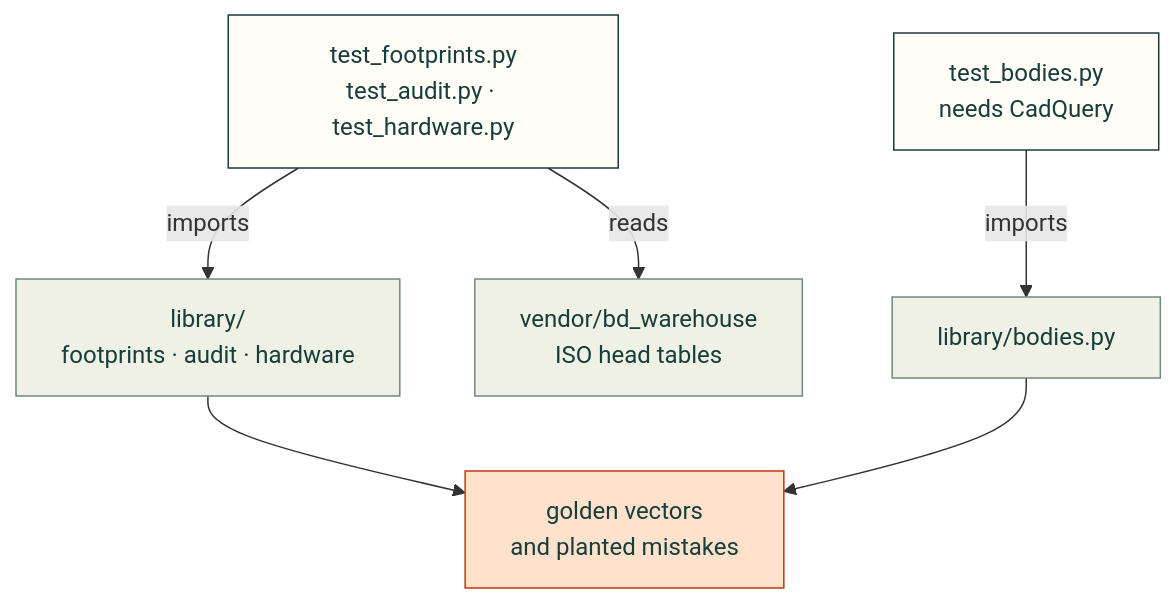
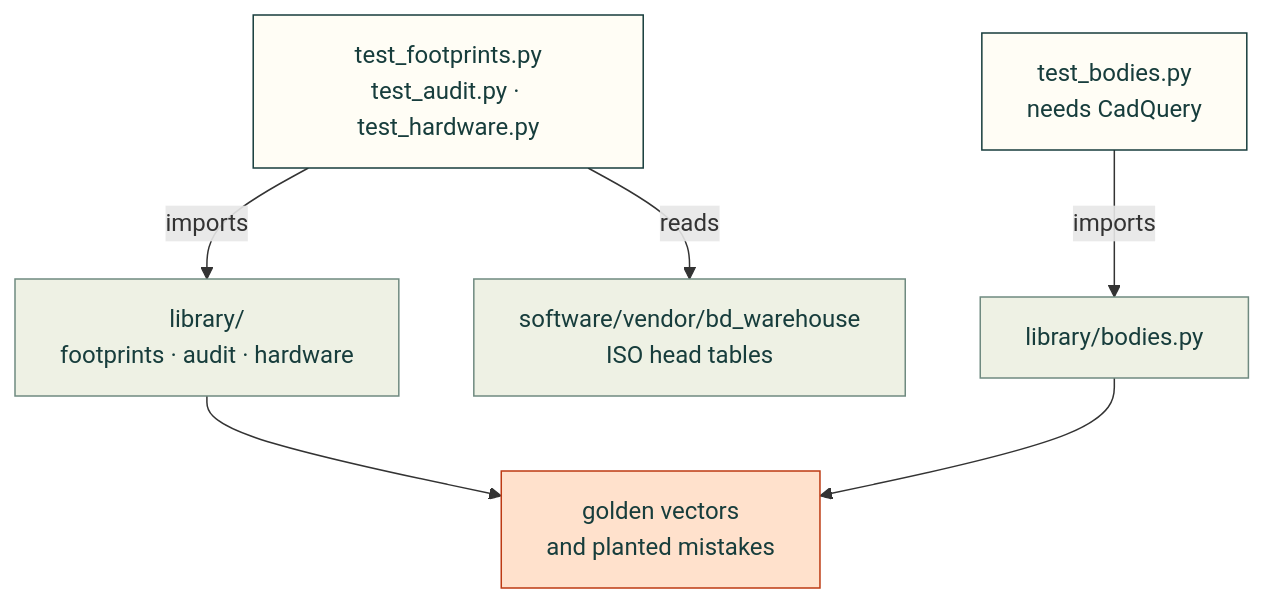
Before and after one commit to Valpatel/cad-agent: the diagram in tests/library/README.md, drawn with Mermaid. The commit also changed other lines of this file and 5109 other files, not shown here.

````diff
--- a/tests/library/README.md
+++ b/tests/library/README.md
@@ -8,13 +8,13 @@
 ```mermaid
 flowchart TD
     T["test_footprints.py<br/>test_audit.py · test_hardware.py"] -->|"imports"| L["library/<br/>footprints · audit · hardware"]
     B["test_bodies.py<br/>needs CadQuery"] -->|"imports"| BO["library/bodies.py"]
-    T -->|"reads"| V["vendor/bd_warehouse<br/>ISO head tables"]
+    T -->|"reads"| V["software/vendor/bd_warehouse<br/>ISO head tables"]
     L & BO --> O["golden vectors<br/>and planted mistakes"]
     classDef here fill:#fffdf5,stroke:#173d3c,color:#173d3c
     classDef near fill:#eef1e4,stroke:#6f8a80,color:#173d3c
     classDef out fill:#ffe1cc,stroke:#bd3a12,color:#173d3c
     class T,B here
     class L,BO,V near
     class O out
 ```
````
